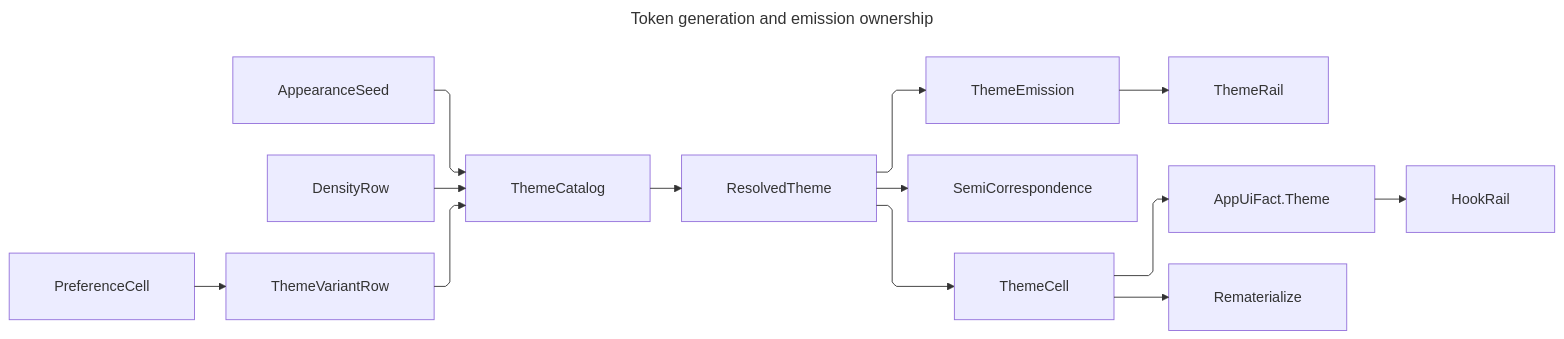
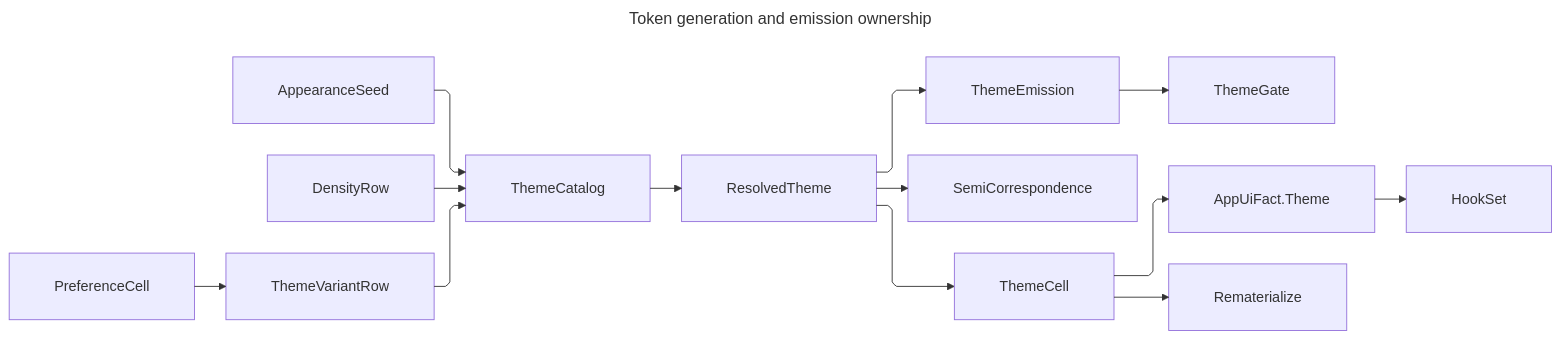
Before and after one commit to bsamiee/Rasm: the diagram in libs/dotnet/Rasm.AppUi/.planning/Theme/emission.md, drawn with Mermaid. The commit also changed other lines of this file and 1997 other files, not shown here.

````diff
--- a/libs/dotnet/Rasm.AppUi/.planning/Theme/emission.md
+++ b/libs/dotnet/Rasm.AppUi/.planning/Theme/emission.md
@@ -553,32 +553,32 @@
 ```mermaid
 ---
 title: Token generation and emission ownership
 config:
   layout: elk
   htmlLabels: true
   markdownAutoWrap: false
   deterministicIds: true
   elk:
     nodePlacementStrategy: NETWORK_SIMPLEX
     considerModelOrder: NODES_AND_EDGES
   flowchart:
     curve: linear
     defaultRenderer: elk
     padding: 25
 ---
 flowchart LR
     accTitle: Token generation and emission ownership
-    accDescr: One appearance seed and one density policy enter the catalog under a variant projection, the catalog generates the resolved theme, and the emission partitions it by variant into the application resources while the cell fires the committed theme fact through the hook rail.
+    accDescr: One appearance seed and one density policy enter the catalog under a variant projection, the catalog generates the resolved theme, and the emission partitions it by variant into the application resources while the cell fires the committed theme fact through the hook dispatch.
     AppearanceSeed --> ThemeCatalog
     DensityRow --> ThemeCatalog
     PreferenceCell --> ThemeVariantRow
     ThemeVariantRow --> ThemeCatalog
     ThemeCatalog --> ResolvedTheme
     ResolvedTheme --> ThemeEmission
     ResolvedTheme --> SemiCorrespondence
-    ThemeEmission --> ThemeRail
+    ThemeEmission --> ThemeGate
     ResolvedTheme --> ThemeCell
     ThemeCell --> ThemeFact["AppUiFact.Theme"]
-    ThemeFact --> HookRail
+    ThemeFact --> HookSet
     ThemeCell --> Rematerialize
 ```
````
